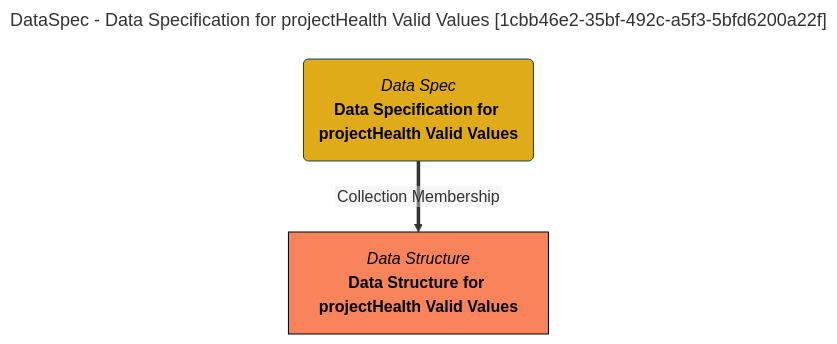
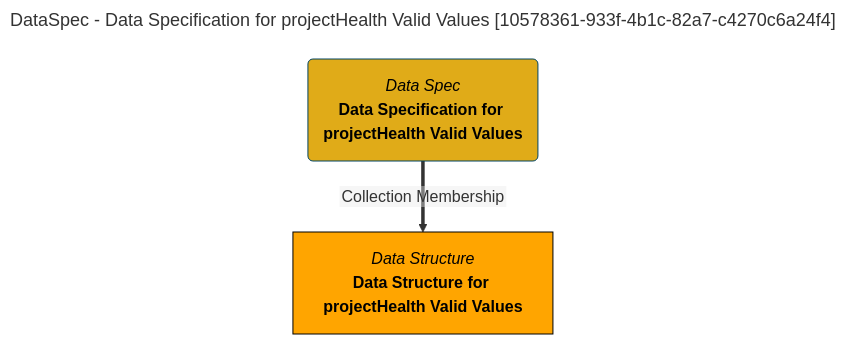
Before and after one commit to odpi/egeria-docs: the diagram in site/snippets/collections/data-specs/data-specification-for-projecthealth-valid-values-mermaid-graph.md, drawn with Mermaid. The commit also changed 2201 other files, not shown here.

````diff
--- a/site/snippets/collections/data-specs/data-specification-for-projecthealth-valid-values-mermaid-graph.md
+++ b/site/snippets/collections/data-specs/data-specification-for-projecthealth-valid-values-mermaid-graph.md
@@ -1,15 +1,15 @@
 ```mermaid
 ---
-title: DataSpec - Data Specification for projectHealth Valid Values [1cbb46e2-35bf-492c-a5f3-5bfd6200a22f]
+title: DataSpec - Data Specification for projectHealth Valid Values [10578361-933f-4b1c-82a7-c4270c6a24f4]
 ---
 flowchart TD
 %%{init: {"flowchart": {"htmlLabels": false}} }%%
 
 1@{ shape: rounded, label: "*Data Spec*
 **Data Specification for projectHealth Valid Values**"}
 2@{ shape: rect, label: "*Data Structure*
 **Data Structure for projectHealth Valid Values**"}
 1==>|"Collection Membership"|2
 style 1 color:#000000, fill:#e0ab18, stroke:#004563
-style 2 color:#000000, fill:#f9845b, stroke:#000000
+style 2 color:#000000, fill:#FFA500, stroke:#000000
 ```
````
